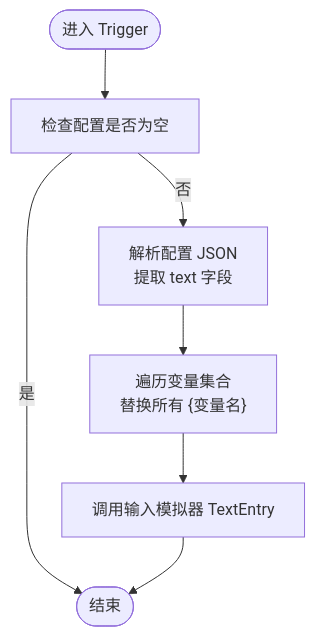
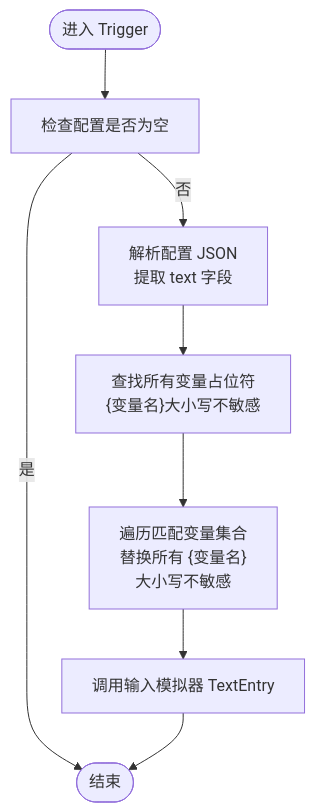
Before and after one commit to tea4go/Macro-Deck-Windows-Utils-Plugin: the third of 7 diagrams in .qoder/repowiki/zh/content/核心功能/文本输入与热键系统.md, drawn with Mermaid. The commit also changed other lines of this file and 39 other files, not shown here.

````diff
--- a/.qoder/repowiki/zh/content/核心功能/文本输入与热键系统.md
+++ b/.qoder/repowiki/zh/content/核心功能/文本输入与热键系统.md
@@ -198,9 +229,10 @@
 ```mermaid
 flowchart TD
 Start(["进入 Trigger"]) --> CheckCfg["检查配置是否为空"]
 CheckCfg --> |是| End(["结束"])
 CheckCfg --> |否| Parse["解析配置 JSON<br/>提取 text 字段"]
-Parse --> ReplaceVars["遍历变量集合<br/>替换所有 {变量名}"]
+Parse --> FindVars["查找所有变量占位符<br/>{变量名}大小写不敏感"]
+FindVars --> ReplaceVars["遍历匹配变量集合<br/>替换所有 {变量名}<br/>大小写不敏感"]
 ReplaceVars --> Simulate["调用输入模拟器 TextEntry"]
 Simulate --> End
 ```
````
